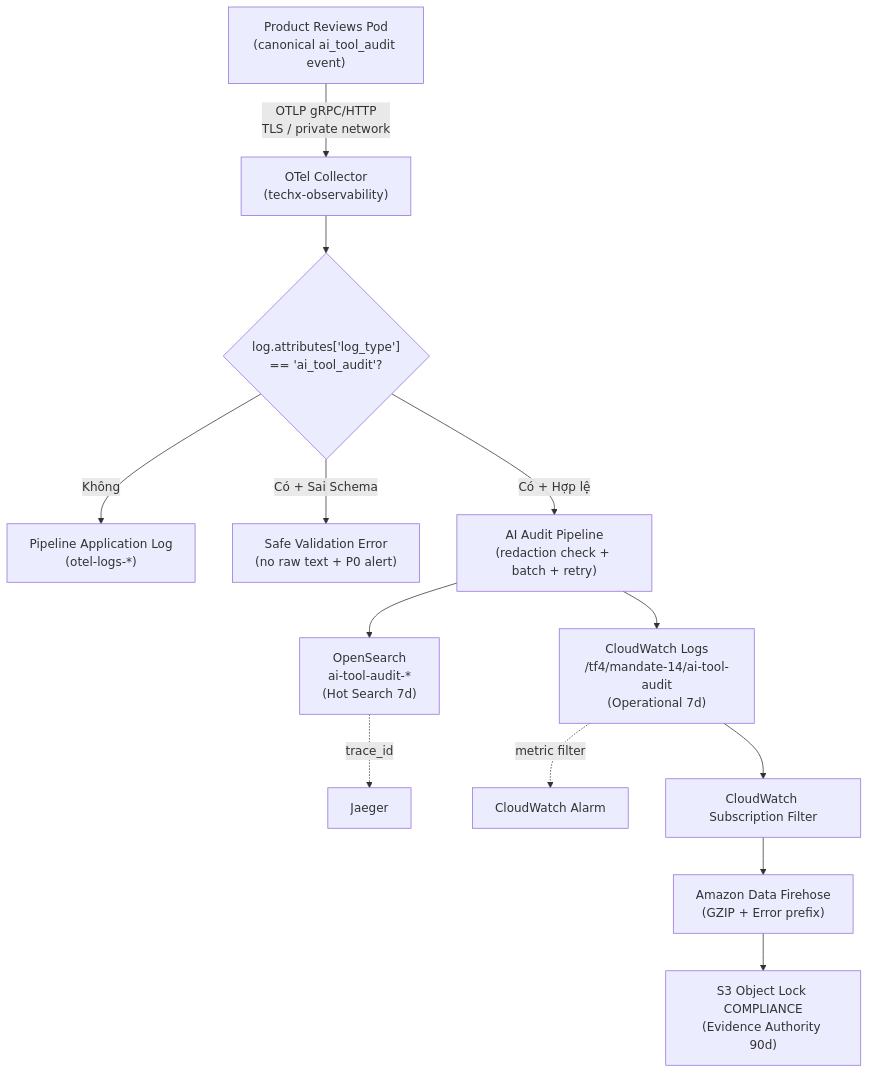
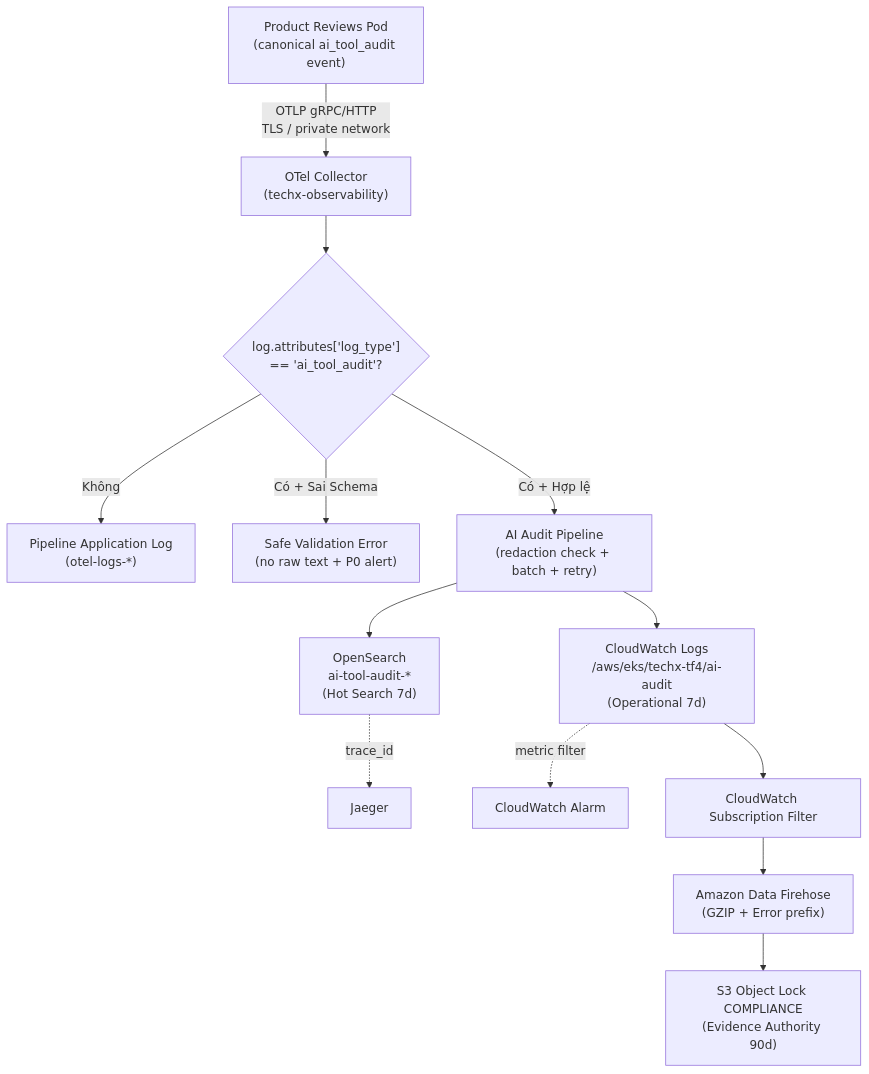
The diagram in docs/audit/planning/MANDATE-14-AI-AUDIT-LOG-PIPELINE-PLAN.md (TF4-Phase3-TechX/tf4-phase3-repo), drawn with Mermaid before and after one commit. The commit also changed other lines of this file and 3 other files, not shown here.

````diff
--- a/docs/audit/planning/MANDATE-14-AI-AUDIT-LOG-PIPELINE-PLAN.md
+++ b/docs/audit/planning/MANDATE-14-AI-AUDIT-LOG-PIPELINE-PLAN.md
@@ -67,20 +67,20 @@
 ```mermaid
 flowchart TD
     A["Product Reviews Pod<br/>(canonical ai_tool_audit event)"] -->|"OTLP gRPC/HTTP<br/>TLS / private network"| B["OTel Collector<br/>(techx-observability)"]
     
     B --> C{"log.attributes['log_type']<br/>== 'ai_tool_audit'?"}
     
     C -->|"Không"| D["Pipeline Application Log<br/>(otel-logs-*)"]
     C -->|"Có + Sai Schema"| Q["Safe Validation Error<br/>(no raw text + P0 alert)"]
     C -->|"Có + Hợp lệ"| E["AI Audit Pipeline<br/>(redaction check + batch + retry)"]
     
     E --> F["OpenSearch<br/>ai-tool-audit-*<br/>(Hot Search 7d)"]
-    E --> G["CloudWatch Logs<br/>/tf4/mandate-14/ai-tool-audit<br/>(Operational 7d)"]
+    E --> G["CloudWatch Logs<br/>/aws/eks/techx-tf4/ai-audit<br/>(Operational 7d)"]
     
     F -. "trace_id" .-> K["Jaeger"]
     G -. "metric filter" .-> L["CloudWatch Alarm"]
     
     G --> H["CloudWatch Subscription Filter"]
     H --> I["Amazon Data Firehose<br/>(GZIP + Error prefix)"]
     I --> J["S3 Object Lock COMPLIANCE<br/>(Evidence Authority 90d)"]
 ```
````
